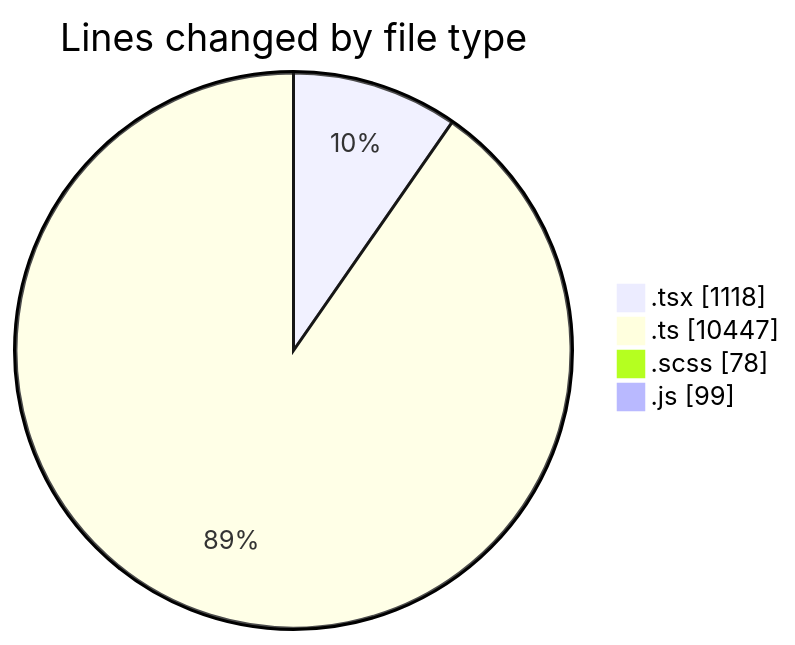
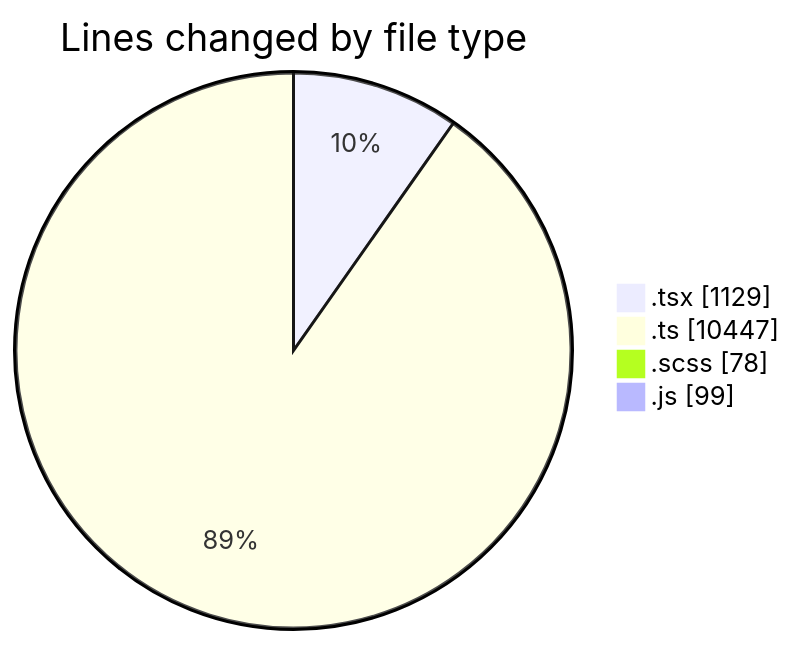
Before and after one commit to momahboobian/code-tracking: the first of 2 diagrams in 2025-03-26/cda/README.md, drawn with Mermaid. The commit also changed other lines of this file and 1 other file, not shown here.

````diff
--- a/2025-03-26/cda/README.md
+++ b/2025-03-26/cda/README.md
@@ -42,8 +42,8 @@
 ```mermaid
 pie showData
 title Lines changed by file type
-".tsx" : 1118
+".tsx" : 1129
 ".ts" : 10447
 ".scss" : 78
 ".js" : 99
 ```
````
